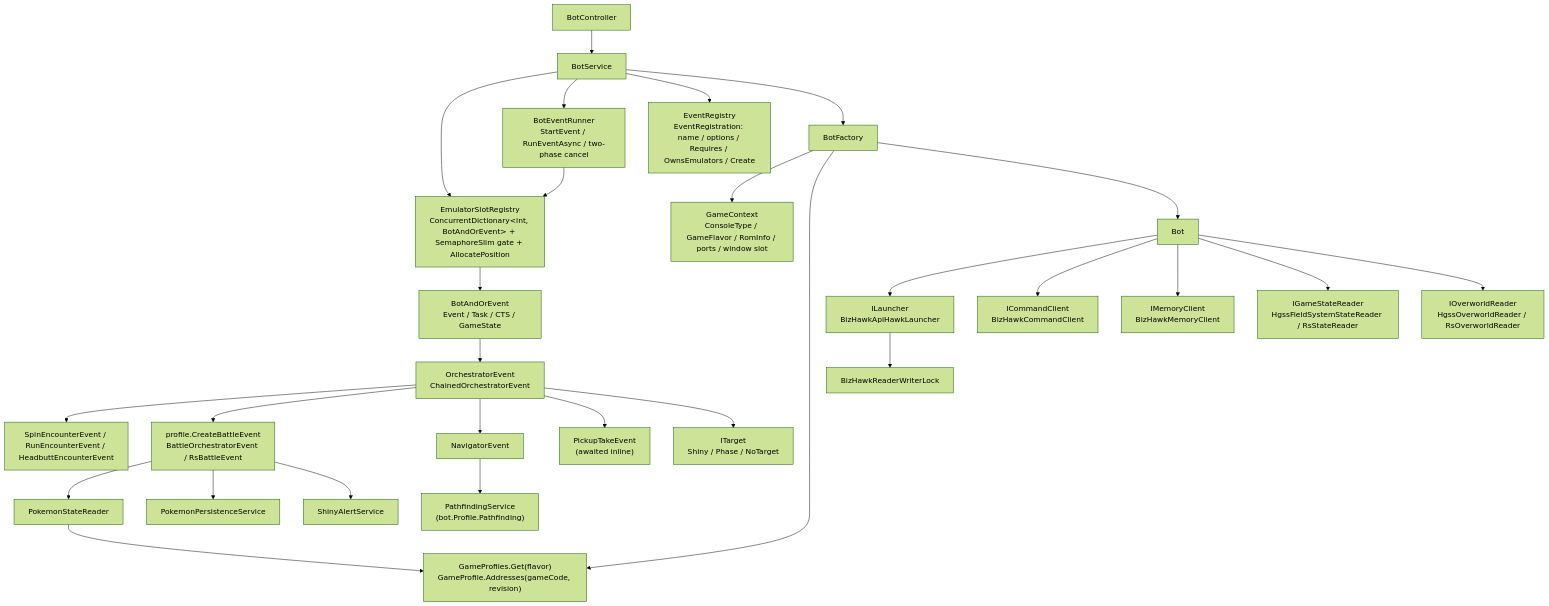
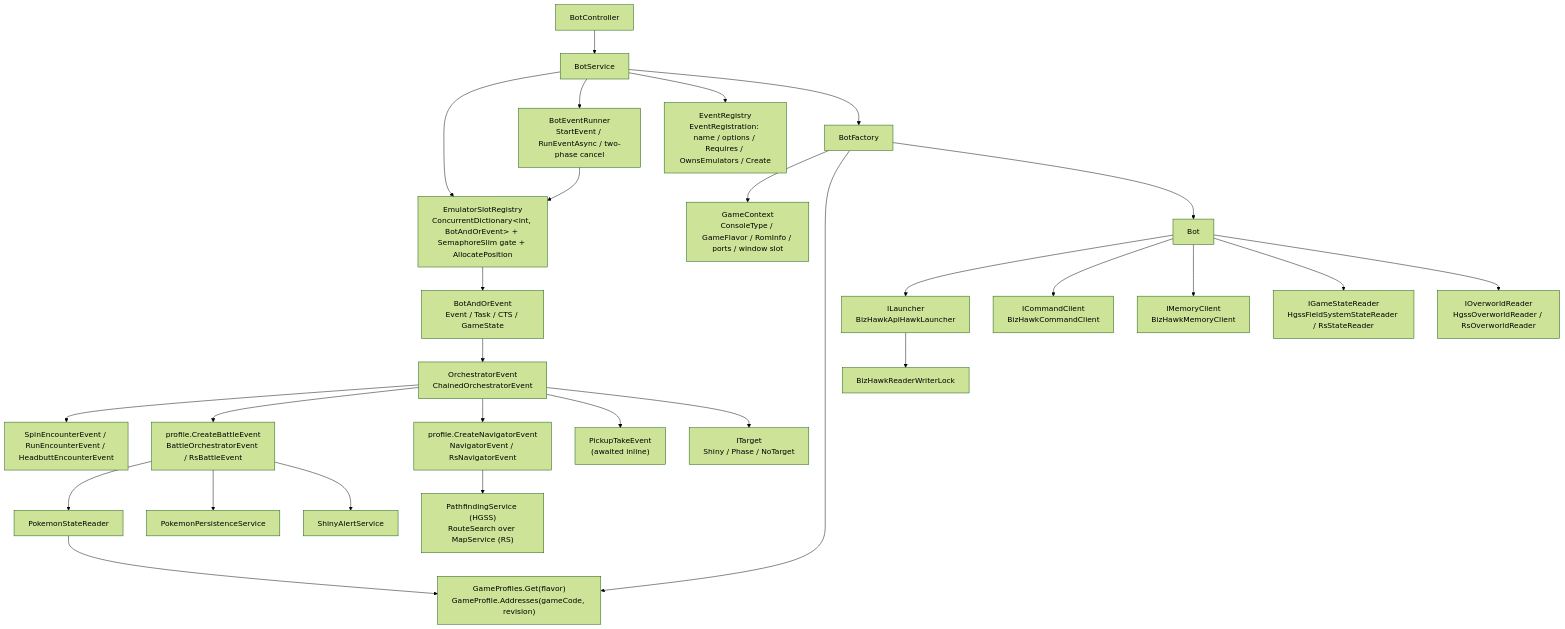
The second of 2 diagrams in docs/architecture/system-overview.md (ppicinic/ShinyBotHunter), drawn with Mermaid (forest theme) before and after one commit. The commit also changed other lines of this file and 1 other file, not shown here.

````diff
--- a/docs/architecture/system-overview.md
+++ b/docs/architecture/system-overview.md
@@ -123,28 +123,28 @@
 ```mermaid
 flowchart TD
   BC[BotController] --> BS[BotService]
   BS --> REG["EmulatorSlotRegistry<br/>ConcurrentDictionary&lt;int, BotAndOrEvent&gt; + SemaphoreSlim gate + AllocatePosition"]
   BS --> RUN["BotEventRunner<br/>StartEvent / RunEventAsync / two-phase cancel"]
   RUN --> REG
   BS --> ER["EventRegistry<br/>EventRegistration: name / options / Requires / OwnsEmulators / Create"]
   BS --> BF[BotFactory]
   BF --> GC["GameContext<br/>ConsoleType / GameFlavor / RomInfo / ports / window slot"]
   BF --> GP["GameProfiles.Get(flavor)<br/>GameProfile.Addresses(gameCode, revision)"]
   BF --> Bot
   Bot --> L["ILauncher<br/>BizHawkApiHawkLauncher"]
   Bot --> CC["ICommandClient<br/>BizHawkCommandClient"]
   Bot --> MC["IMemoryClient<br/>BizHawkMemoryClient"]
   Bot --> SR["IGameStateReader<br/>HgssFieldSystemStateReader / RsStateReader"]
   Bot --> OR["IOverworldReader<br/>HgssOverworldReader / RsOverworldReader"]
   L --> RWL[BizHawkReaderWriterLock]
   REG --> BAE["BotAndOrEvent<br/>Event / Task / CTS / GameState"]
   BAE --> OE["OrchestratorEvent<br/>ChainedOrchestratorEvent"]
   OE --> ENC["SpinEncounterEvent / RunEncounterEvent / HeadbuttEncounterEvent"]
   OE --> BOE["profile.CreateBattleEvent<br/>BattleOrchestratorEvent / RsBattleEvent"]
-  OE --> NAV[NavigatorEvent] --> PF["PathfindingService<br/>(bot.Profile.Pathfinding)"]
+  OE --> NAV["profile.CreateNavigatorEvent<br/>NavigatorEvent / RsNavigatorEvent"] --> PF["PathfindingService (HGSS)<br/>RouteSearch over MapService (RS)"]
   OE --> PTE["PickupTakeEvent<br/>(awaited inline)"]
   BOE --> PSR[PokemonStateReader] --> GP
   BOE --> PP[PokemonPersistenceService]
   BOE --> SA[ShinyAlertService]
   OE --> T["ITarget<br/>Shiny / Phase / NoTarget"]
 ```
````
